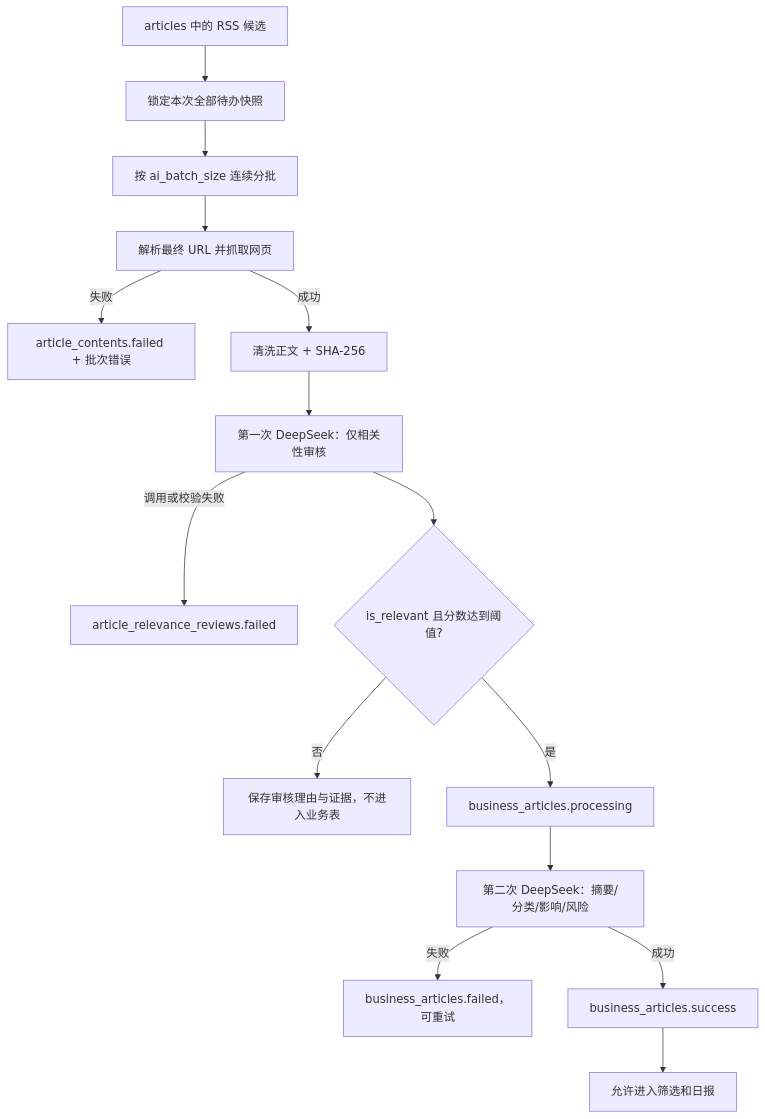
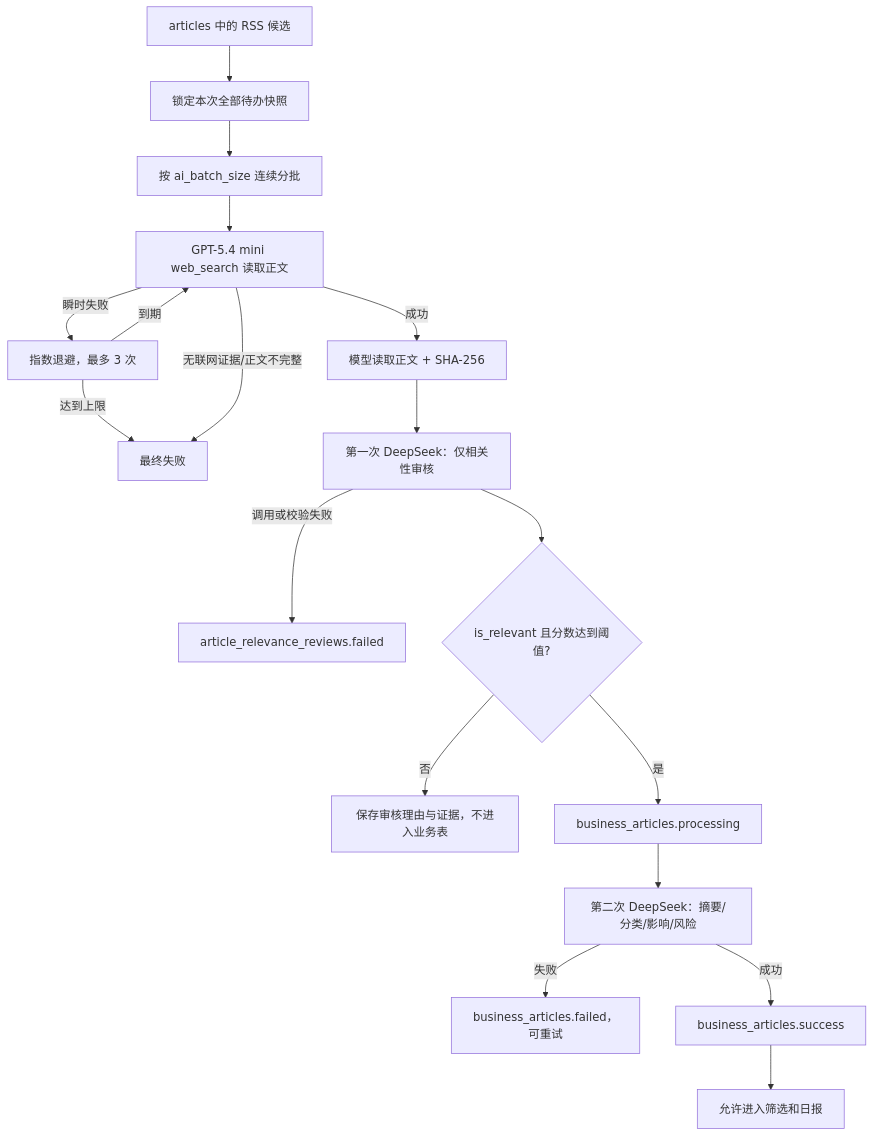
One commit to shiye1213/intco-rss-collector changed the third of 6 diagrams in docs/technical-design.md. Above: the diagram before and after it, drawn with Mermaid. The commit also changed other lines of this file and 26 other files, not shown here.

````diff
--- a/docs/technical-design.md
+++ b/docs/technical-design.md
@@ -174,17 +175,20 @@
 ```mermaid
 flowchart TD
     Candidate["articles 中的 RSS 候选"] --> Snapshot["锁定本次全部待办快照"]
     Snapshot --> Batch["按 ai_batch_size 连续分批"]
-    Batch --> Fetch["解析最终 URL 并抓取网页"]
-    Fetch -->|"失败"| FetchError["article_contents.failed + 批次错误"]
-    Fetch -->|"成功"| Content["清洗正文 + SHA-256"]
+    Batch --> Read["GPT-5.4 mini web_search 读取正文"]
+    Read -->|"瞬时失败"| Backoff["指数退避，最多 3 次"]
+    Backoff -->|"到期"| Read
+    Backoff -->|"达到上限"| FetchError["最终失败"]
+    Read -->|"无联网证据/正文不完整"| FetchError
+    Read -->|"成功"| Content["模型读取正文 + SHA-256"]
     Content --> Review["第一次 DeepSeek：仅相关性审核"]
     Review -->|"调用或校验失败"| ReviewError["article_relevance_reviews.failed"]
     Review --> Gate{"is_relevant 且分数达到阈值?"}
     Gate -->|"否"| Rejected["保存审核理由与证据，不进入业务表"]
     Gate -->|"是"| Accepted["business_articles.processing"]
     Accepted --> Analysis["第二次 DeepSeek：摘要/分类/影响/风险"]
     Analysis -->|"失败"| AnalysisError["business_articles.failed，可重试"]
     Analysis -->|"成功"| Intelligence["business_articles.success"]
     Intelligence --> ReportSource["允许进入筛选和日报"]
 ```
````
